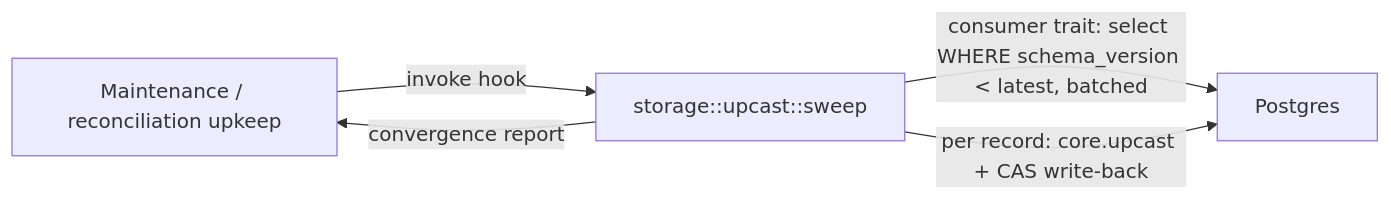
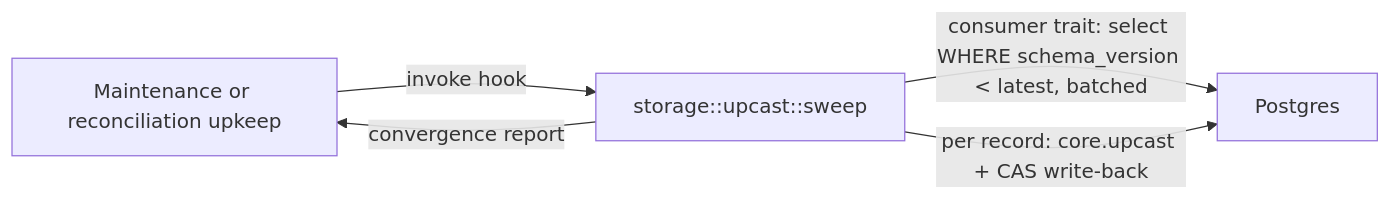
Before and after one commit to InstruktAI/TeleClaude: the second of 2 diagrams in docs/project/design/architecture-v2/data-upcasting.md, drawn with Mermaid. The commit also changed other lines of this file and 1 other file, not shown here.

````diff
--- a/docs/project/design/architecture-v2/data-upcasting.md
+++ b/docs/project/design/architecture-v2/data-upcasting.md
@@ -155,7 +137,7 @@
 ```mermaid
 flowchart LR
-    M[Maintenance / reconciliation upkeep] -->|invoke hook| S[storage::upcast::sweep]
+    M[Maintenance or reconciliation upkeep] -->|invoke hook| S[storage::upcast::sweep]
     S -->|consumer trait: select WHERE schema_version < latest, batched| PG[Postgres]
     S -->|per record: core.upcast + CAS write-back| PG
     S -->|convergence report| M
 ```
````
